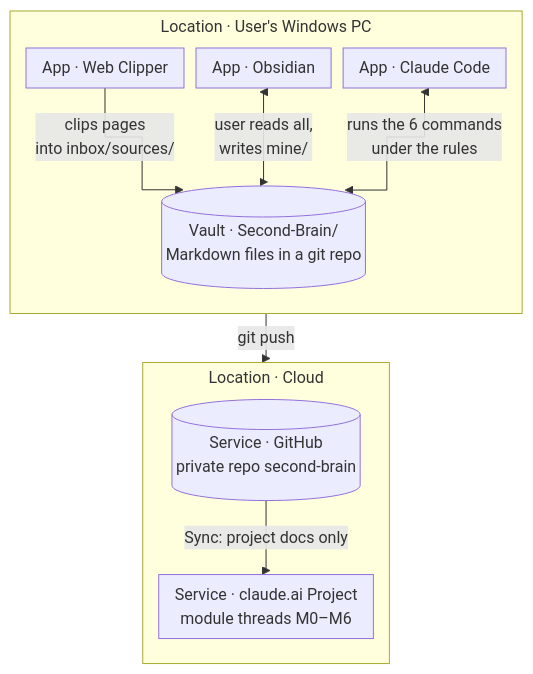
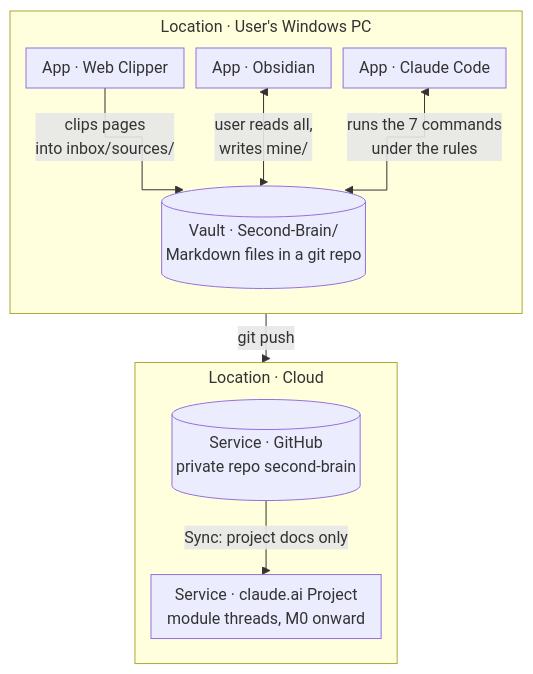
The first of 18 diagrams in mine/projects/thinking-system/20 Product Requirements.md (quocnguyen13/second-brain), drawn with Mermaid before and after one commit. The commit also changed other lines of this file and 5 other files, not shown here.

````diff
--- a/mine/projects/thinking-system/20 Product Requirements.md
+++ b/mine/projects/thinking-system/20 Product Requirements.md
@@ -83,21 +87,21 @@
 ```mermaid
 %%{init: {"flowchart": {"curve": "step", "useMaxWidth": true, "nodeSpacing": 12, "rankSpacing": 25, "padding": 8, "subGraphTitleMargin": {"top": 4, "bottom": 8}}}}%%
 flowchart TB
     subgraph PC["Location · User's Windows PC"]
         direction TB
         WC["App · Web Clipper"]
         OB["App · Obsidian"]
         CC["App · Claude Code"]
         VT[("Vault · Second-Brain/<br/>Markdown files in a git repo")]
     end
     subgraph CL["Location · Cloud"]
         direction TB
         GH[("Service · GitHub<br/>private repo second-brain")]
-        PJ["Service · claude.ai Project<br/>module threads M0–M6"]
+        PJ["Service · claude.ai Project<br/>module threads, M0 onward"]
     end
     WC -->|"clips pages<br/>into inbox/sources/"| VT
     OB <-->|"user reads all,<br/>writes mine/"| VT
-    CC <-->|"runs the 6 commands<br/>under the rules"| VT
+    CC <-->|"runs the 7 commands<br/>under the rules"| VT
     VT -->|"git push"| GH
     GH -->|"Sync: project docs only"| PJ
 ```
````
